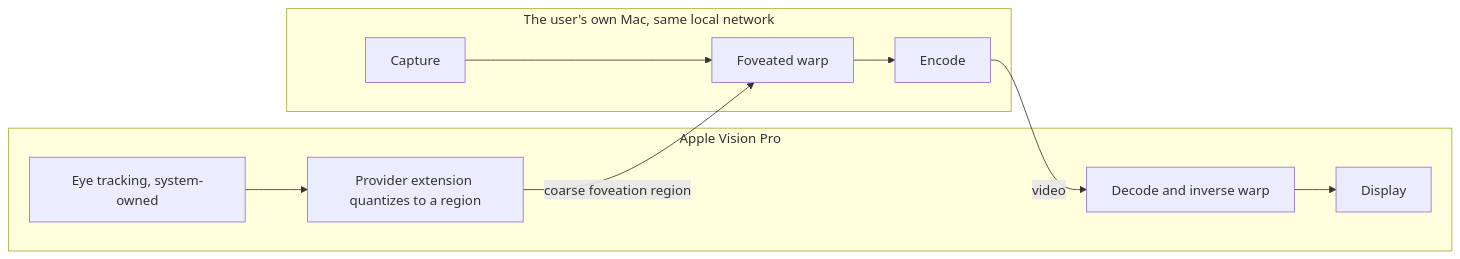
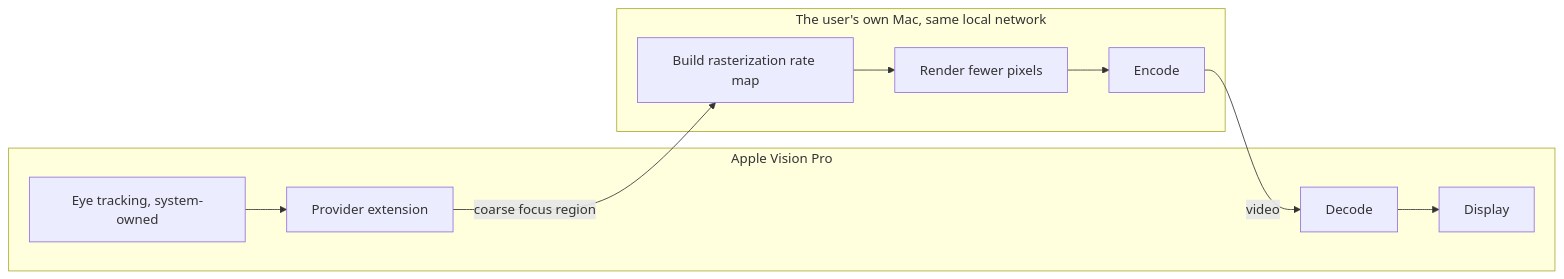
The second of 2 diagrams in README.md (Feardarks/FocusedRendering), drawn with Mermaid before and after one commit. The commit also changed other lines of this file and 8 other files, not shown here.

````diff
--- a/README.md
+++ b/README.md
@@ -32,13 +49,12 @@
 ```mermaid
 flowchart LR
   subgraph s3[Apple Vision Pro]
-    EYE[Eye tracking, system-owned] --> PROV[Provider extension quantizes to a region]
-    DEC[Decode and inverse warp] --> DISP[Display]
+    EYE[Eye tracking, system-owned] --> PROV[Provider extension]
+    DEC[Decode] --> DISP[Display]
   end
   subgraph s4[The user's own Mac, same local network]
-    CAP[Capture] --> WARP[Foveated warp]
-    WARP --> ENC[Encode]
+    RATE[Build rasterization rate map] --> REND[Render fewer pixels] --> ENC[Encode]
   end
-  PROV -->|coarse foveation region| WARP
+  PROV -->|coarse focus region| RATE
   ENC -->|video| DEC
 ```
````
